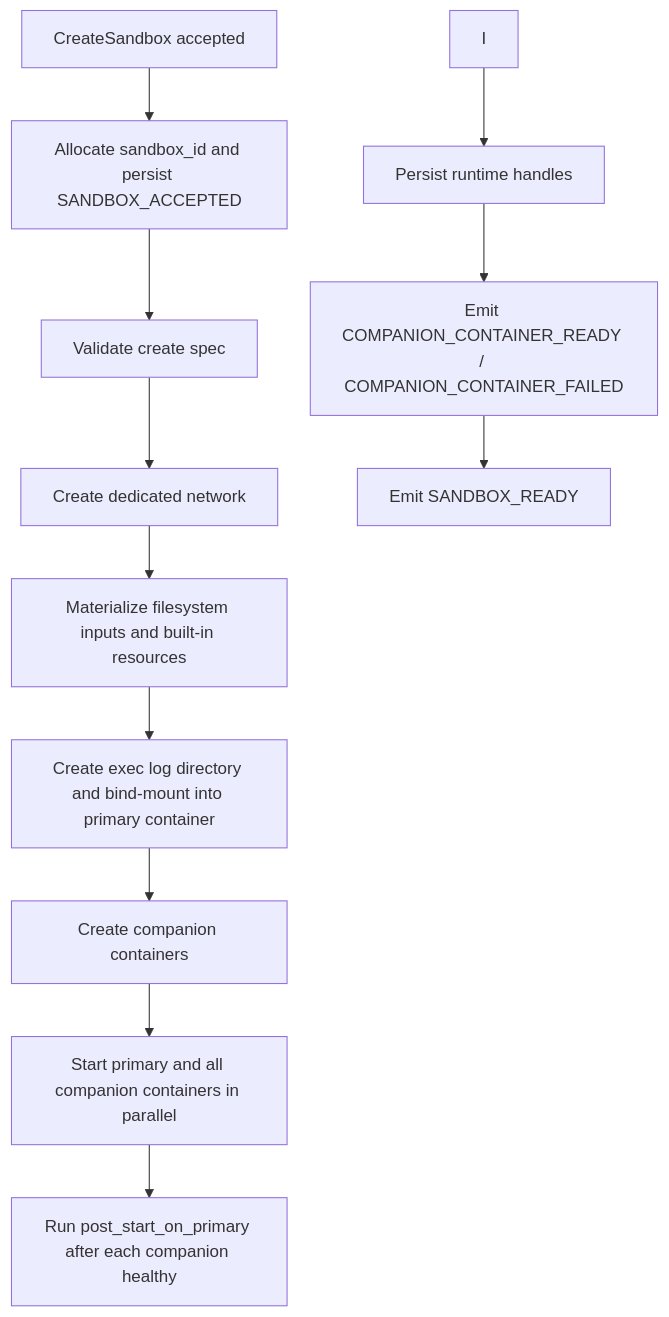
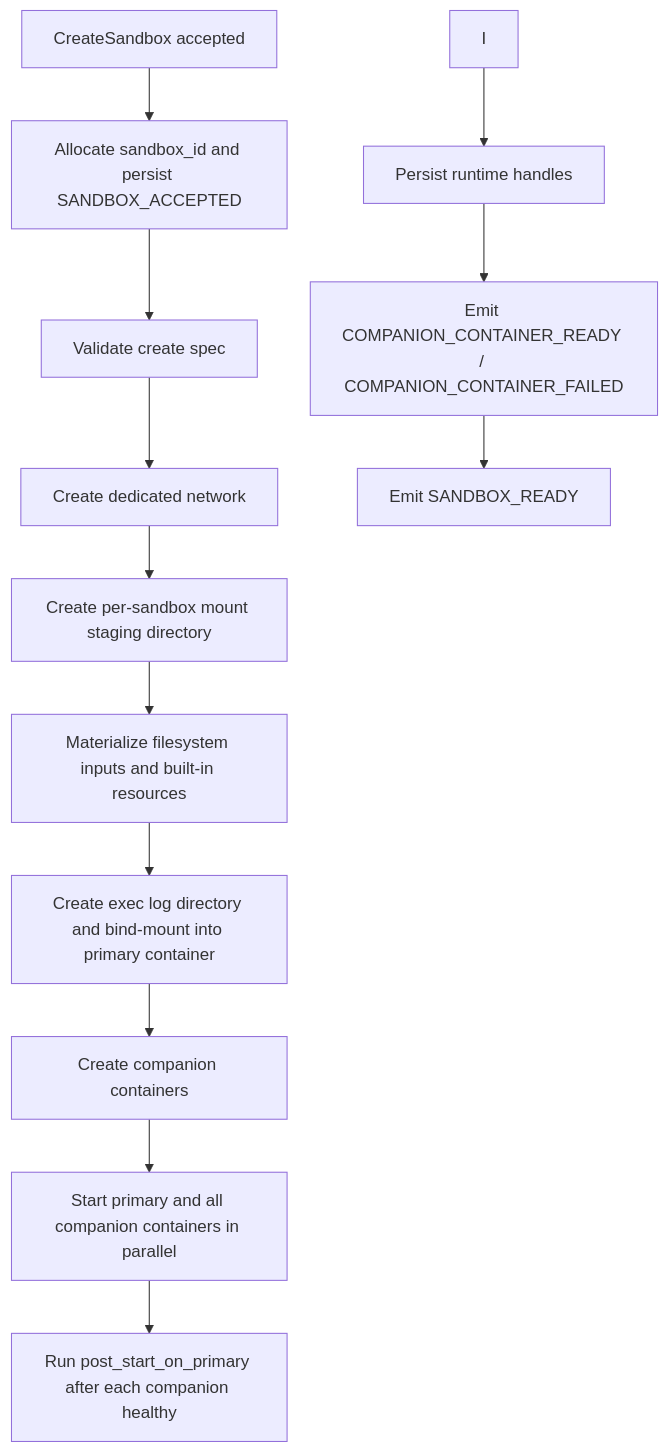
Before and after one commit to 1996fanrui/agents-sandbox: the second of 4 diagrams in docs/sandbox_container_lifecycle.md, drawn with Mermaid. The commit also changed other lines of this file and 3 other files, not shown here.

First line of the commit message:
[ISSUE-199] Update docs for per-sandbox mount staging layer

````diff
--- a/docs/sandbox_container_lifecycle.md
+++ b/docs/sandbox_container_lifecycle.md
@@ -94,14 +94,15 @@
 ```mermaid
 flowchart TB
     A[CreateSandbox accepted] --> B[Allocate sandbox_id and persist SANDBOX_ACCEPTED]
     B --> C[Validate create spec]
     C --> D[Create dedicated network]
-    D --> E[Materialize filesystem inputs and built-in resources]
+    D --> E0[Create per-sandbox mount staging directory]
+    E0 --> E[Materialize filesystem inputs and built-in resources]
     E --> E1[Create exec log directory and bind-mount into primary container]
     E1 --> F[Create companion containers]
     F --> G[Start primary and all companion containers in parallel]
     G --> H[Run post_start_on_primary after each companion healthy]
     I --> J[Persist runtime handles]
     J --> K[Emit COMPANION_CONTAINER_READY / COMPANION_CONTAINER_FAILED]
     K --> L[Emit SANDBOX_READY]
 ```
````
